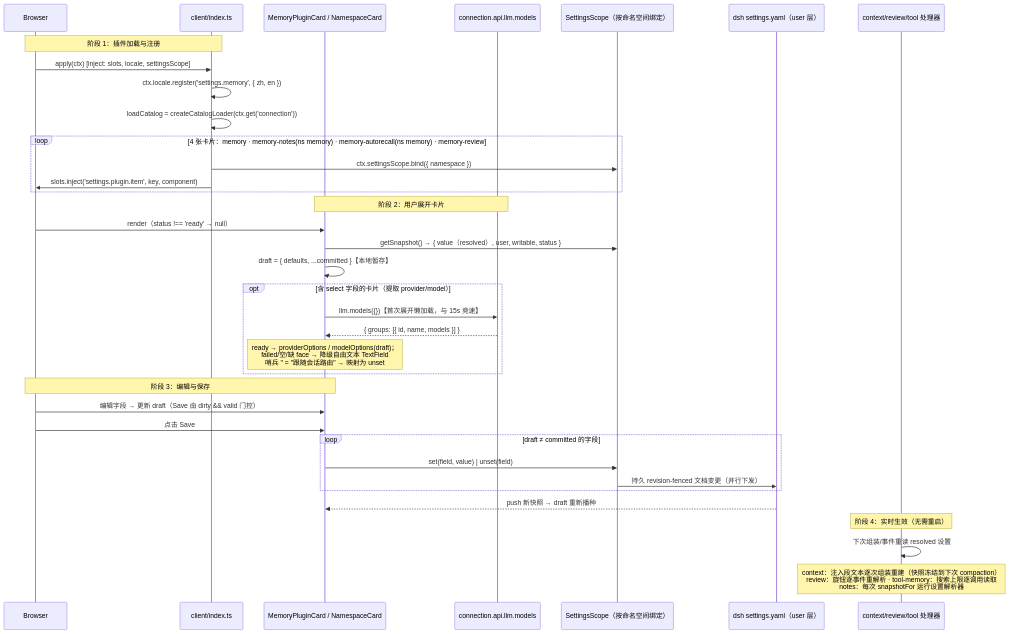
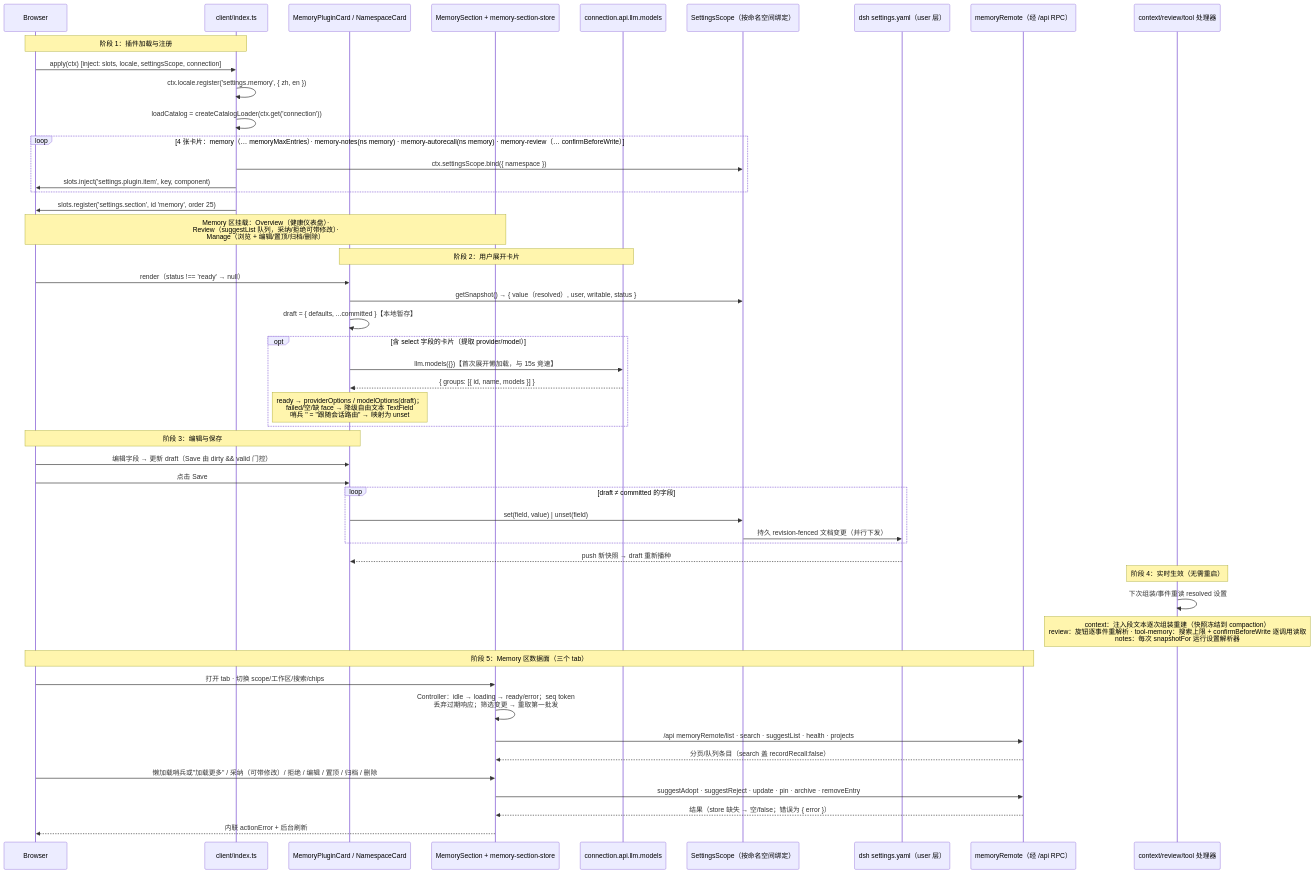
Before and after one commit to chenhw7/dsh-memory: diagram 13 of 14 in docs/SEQUENCE_DIAGRAMS.zh-CN.md, drawn with Mermaid. The commit also changed other lines of this file and 2 other files, not shown here.

First line of the commit message:
docs: sync zh-CN mirrors (README / TECH_DESIGN / SEQUENCE_DIAGRAMS) with the v0.5.0 implementation

````diff
--- a/docs/SEQUENCE_DIAGRAMS.zh-CN.md
+++ b/docs/SEQUENCE_DIAGRAMS.zh-CN.md
@@ -571,47 +602,62 @@
 ```mermaid
 sequenceDiagram
     participant Browser as Browser
     participant Client as client/index.ts
     participant Card as MemoryPluginCard / NamespaceCard
+    participant Section as MemorySection + memory-section-store
     participant Catalog as connection.api.llm.models
     participant Scope as SettingsScope（按命名空间绑定）
     participant Host as dsh settings.yaml（user 层）
+    participant Remote as memoryRemote（经 /api RPC）
     participant Runtime as context/review/tool 处理器
 
     Note over Browser,Client: 阶段 1：插件加载与注册
 
-    Browser->>Client: apply(ctx) [inject: slots, locale, settingsScope]
+    Browser->>Client: apply(ctx) [inject: slots, locale, settingsScope, connection]
     Client->>Client: ctx.locale.register('settings.memory', { zh, en })
     Client->>Client: loadCatalog = createCatalogLoader(ctx.get('connection'))
-    loop 4 张卡片：memory · memory-notes(ns memory) · memory-autorecall(ns memory) · memory-review
+    loop 4 张卡片：memory（… memoryMaxEntries）· memory-notes(ns memory) · memory-autorecall(ns memory) · memory-review（… confirmBeforeWrite）
         Client->>Scope: ctx.settingsScope.bind({ namespace })
         Client->>Browser: slots.inject('settings.plugin.item', key, component)
     end
+    Client->>Browser: slots.register('settings.section', id 'memory', order 25)
+    Note over Browser,Section: Memory 区挂载：Overview（健康仪表盘）·<br/>Review（suggestList 队列，采纳/拒绝可带修改）·<br/>Manage（浏览 + 编辑/置顶/归档/删除）
 
     Note over Card,Catalog: 阶段 2：用户展开卡片
 
     Browser->>Card: render（status !== 'ready' → null）
     Card->>Scope: getSnapshot() → { value（resolved）, user, writable, status }
     Card->>Card: draft = { defaults, ...committed }【本地暂存】
 
     opt 含 select 字段的卡片（提取 provider/model）
         Card->>Catalog: llm.models({})【首次展开懒加载，与 15s 竞速】
         Catalog-->>Card: { groups: [{ id, name, models }] }
         Note over Card: ready → providerOptions / modelOptions(draft)；<br/>failed/空/缺 face → 降级自由文本 TextField<br/>哨兵 '' = "跟随会话路由" → 映射为 unset
     end
 
     Note over Browser,Card: 阶段 3：编辑与保存
 
     Browser->>Card: 编辑字段 → 更新 draft（Save 由 dirty && valid 门控）
     Browser->>Card: 点击 Save
     loop draft ≠ committed 的字段
         Card->>Scope: set(field, value) | unset(field)
         Scope->>Host: 持久 revision-fenced 文档变更（并行下发）
     end
     Host-->>Card: push 新快照 → draft 重新播种
 
     Note over Runtime: 阶段 4：实时生效（无需重启）
 
     Runtime->>Runtime: 下次组装/事件重读 resolved 设置
-    Note over Runtime: context：注入段文本逐次组装重建（快照冻结到下次 compaction）<br/>review：旋钮逐事件重解析 · tool-memory：搜索上限逐调用读取<br/>notes：每次 snapshotFor 运行设置解析器
+    Note over Runtime: context：注入段文本逐次组装重建（快照冻结到 compaction）<br/>review：旋钮逐事件重解析 · tool-memory：搜索上限 + confirmBeforeWrite 逐调用读取<br/>notes：每次 snapshotFor 运行设置解析器
+
+    Note over Browser,Remote: 阶段 5：Memory 区数据面（三个 tab）
+
+    Browser->>Section: 打开 tab · 切换 scope/工作区/搜索/chips
+    Section->>Section: Controller：idle → loading → ready/error；seq token<br/>丢弃过期响应；筛选变更 → 重取第一批发
+    Section->>Remote: /api memoryRemote/list · search · suggestList · health · projects
+    Remote-->>Section: 分页/队列条目（search 盖 recordRecall:false）
+    Browser->>Section: 懒加载哨兵或"加载更多" / 采纳（可带修改）/ 拒绝 / 编辑 / 置顶 / 归档 / 删除
+    Section->>Remote: suggestAdopt · suggestReject · update · pin · archive · removeEntry
+    Remote-->>Section: 结果（store 缺失 → 空/false；错误为 { error }）
+    Section-->>Browser: 内联 actionError + 后台刷新
 ```
````
